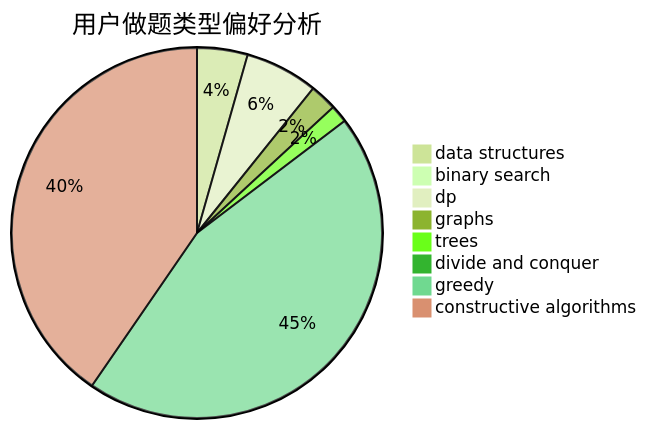
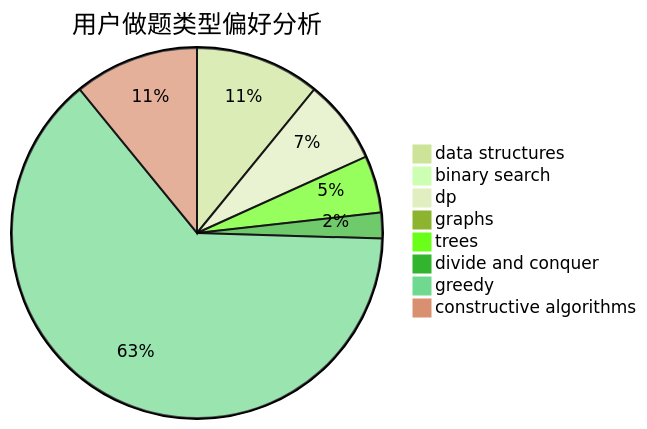
The second of 3 diagrams in docs/user/u1488.md (sherpahu/cfrs.github.io), drawn with Mermaid (forest theme) before and after one commit. The commit also changed other lines of this file and 2770 other files, not shown here.

````diff
--- a/docs/user/u1488.md
+++ b/docs/user/u1488.md
@@ -23,11 +23,11 @@
 ```mermaid
 pie title 用户做题类型偏好分析
-    "data structures" :  43
-    "binary search" :  6
+    "data structures" :  92
+    "binary search" :  3
     "dp" :  62
-    "graphs" :  23
-    "trees" :  15
-    "divide and conquer" :  1
-    "greedy" :  438
-    "constructive algorithms" :  394
+    "graphs" :  0
+    "trees" :  42
+    "divide and conquer" :  19
+    "greedy" :  537
+    "constructive algorithms" :  92
 ```
````
